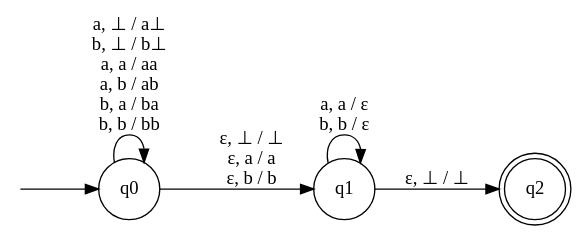
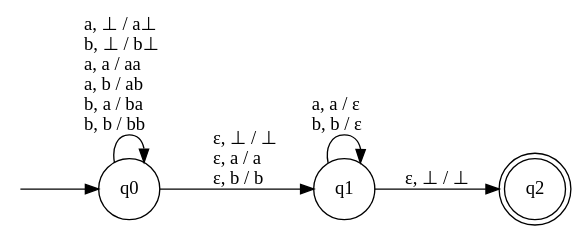
One commit to Compilerbau/Lecture changed the diagram in markdown/parsing/cfg/images/pda2.dot. Above: the diagram before and after it, drawn with Graphviz.

Commit message:
fixed PDA label alignment

```diff
--- a/markdown/parsing/cfg/images/pda2.dot
+++ b/markdown/parsing/cfg/images/pda2.dot
@@ -1,14 +1,14 @@
 digraph G {
     rankdir=LR;
 	node [shape = point, color=white, fontcolor=white]; start;
 	node [shape = circle, color=black, fontcolor=black];
 	node [label="q0"] 0;
 	node [label="q1"] 1;
 	node [shape = doublecircle, label="q2"]; 2;
 	
 	start -> 0;
-	0 -> 1 [label = "&#949;, &#8869; / &#8869;\n &#949;, a / a\n &#949;, b / b"];
+	0 -> 1 [label = "&#949;, &#8869; / &#8869;\l&#949;, a / a\l&#949;, b / b\l"];
 	1 -> 2 [label = "&#949;, &#8869; / &#8869;"];
-	0 -> 0 [label = "a, &#8869; / a&#8869;\n b, &#8869; / b&#8869;\n a, a / aa\n a, b / ab\n b, a / ba\n b, b / bb\n"];
-	1 -> 1 [label = "a, a / &#949;\n b, b / &#949;"];
+	0 -> 0 [label = "a, &#8869; / a&#8869;\lb, &#8869; / b&#8869;\la, a / aa\la, b / ab\lb, a / ba\lb, b / bb\l"];
+	1 -> 1 [label = "a, a / &#949;\lb, b / &#949;\l"];
 }
```
